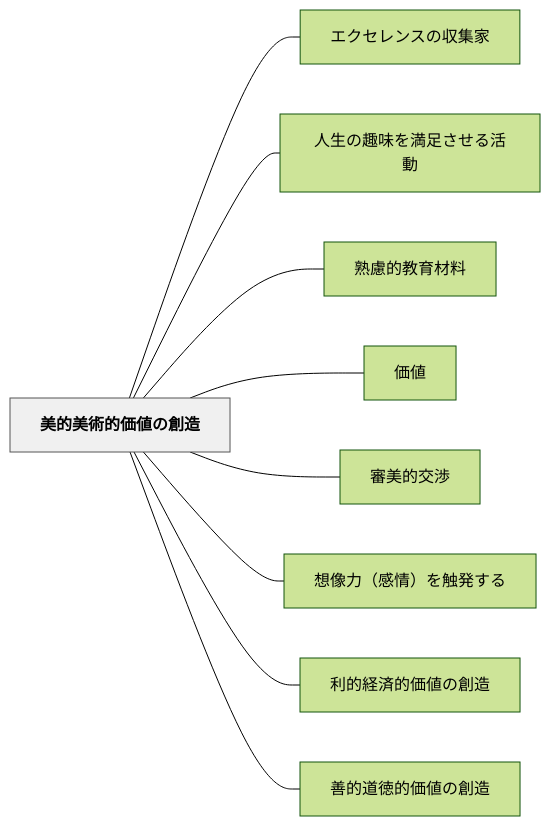
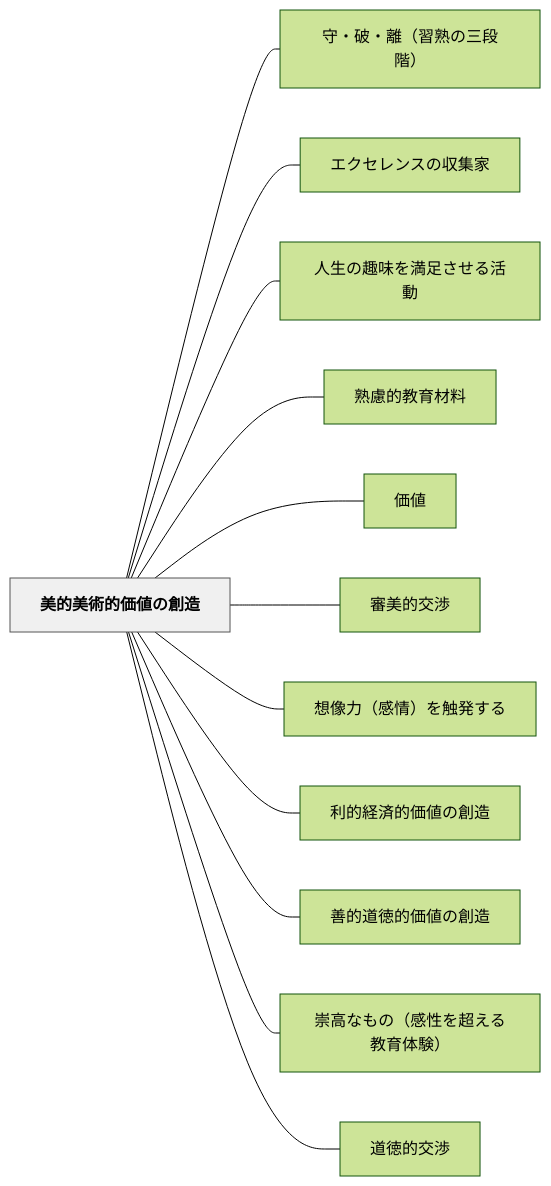
The diagram in content/パタン/美的美術的価値の創造.md (unknownthings-ed-patterns/unknownthings-ed-patterns), drawn with Mermaid (forest theme) before and after one commit. The commit also changed other lines of this file and 14 other files, not shown here.

````diff
--- a/content/パタン/美的美術的価値の創造.md
+++ b/content/パタン/美的美術的価値の創造.md
@@ -91,24 +119,30 @@
 ```mermaid
 flowchart LR
     ne7be8ee79a84e7be8ee8a193e79a84e4bea1e580a4e381aee589b5e980a0["美的美術的価値の創造"]
+    ne5ae88e383bbe7a0b4e383bbe99ba2efbc88e7bf92e7869fe381aee4b889e6aeb5e99a8eefbc89["守・破・離（習熟の三段階）"]
     ne382a8e382afe382bbe383ace383b3e382b9e381aee58f8ee99b86e5aeb6["エクセレンスの収集家"]
     ne4babae7949fe381aee8b6a3e591b3e38292e6ba80e8b6b3e38195e3819be3828be6b4bbe58b95["人生の趣味を満足させる活動"]
     ne7869fe685aee79a84e69599e882b2e69d90e69699["熟慮的教育材料"]
     ne4bea1e580a4["価値"]
     ne5afa9e7be8ee79a84e4baa4e6b889["審美的交渉"]
     ne683b3e5838fe58a9befbc88e6849fe68385efbc89e38292e8a7a6e799bae38199e3828b["想像力（感情）を触発する"]
     ne588a9e79a84e7b58ce6b888e79a84e4bea1e580a4e381aee589b5e980a0["利的経済的価値の創造"]
     ne59684e79a84e98193e5beb3e79a84e4bea1e580a4e381aee589b5e980a0["善的道徳的価値の創造"]
+    ne5b487e9ab98e381aae38282e381aeefbc88e6849fe680a7e38292e8b685e38188e3828be69599e882b2e4bd93e9a893efbc89["崇高なもの（感性を超える教育体験）"]
+    ne98193e5beb3e79a84e4baa4e6b889["道徳的交渉"]
 
+    ne7be8ee79a84e7be8ee8a193e79a84e4bea1e580a4e381aee589b5e980a0 --- ne5ae88e383bbe7a0b4e383bbe99ba2efbc88e7bf92e7869fe381aee4b889e6aeb5e99a8eefbc89
     ne7be8ee79a84e7be8ee8a193e79a84e4bea1e580a4e381aee589b5e980a0 --- ne382a8e382afe382bbe383ace383b3e382b9e381aee58f8ee99b86e5aeb6
     ne7be8ee79a84e7be8ee8a193e79a84e4bea1e580a4e381aee589b5e980a0 --- ne4babae7949fe381aee8b6a3e591b3e38292e6ba80e8b6b3e38195e3819be3828be6b4bbe58b95
     ne7be8ee79a84e7be8ee8a193e79a84e4bea1e580a4e381aee589b5e980a0 --- ne7869fe685aee79a84e69599e882b2e69d90e69699
     ne7be8ee79a84e7be8ee8a193e79a84e4bea1e580a4e381aee589b5e980a0 --- ne4bea1e580a4
     ne7be8ee79a84e7be8ee8a193e79a84e4bea1e580a4e381aee589b5e980a0 --- ne5afa9e7be8ee79a84e4baa4e6b889
     ne7be8ee79a84e7be8ee8a193e79a84e4bea1e580a4e381aee589b5e980a0 --- ne683b3e5838fe58a9befbc88e6849fe68385efbc89e38292e8a7a6e799bae38199e3828b
     ne7be8ee79a84e7be8ee8a193e79a84e4bea1e580a4e381aee589b5e980a0 --- ne588a9e79a84e7b58ce6b888e79a84e4bea1e580a4e381aee589b5e980a0
     ne7be8ee79a84e7be8ee8a193e79a84e4bea1e580a4e381aee589b5e980a0 --- ne59684e79a84e98193e5beb3e79a84e4bea1e580a4e381aee589b5e980a0
+    ne7be8ee79a84e7be8ee8a193e79a84e4bea1e580a4e381aee589b5e980a0 --- ne5b487e9ab98e381aae38282e381aeefbc88e6849fe680a7e38292e8b685e38188e3828be69599e882b2e4bd93e9a893efbc89
+    ne7be8ee79a84e7be8ee8a193e79a84e4bea1e580a4e381aee589b5e980a0 --- ne98193e5beb3e79a84e4baa4e6b889
 
     classDef hub fill:#f0f0f0,stroke:#555,color:#000,font-weight:bold
     class ne7be8ee79a84e7be8ee8a193e79a84e4bea1e580a4e381aee589b5e980a0 hub
 ```
````
